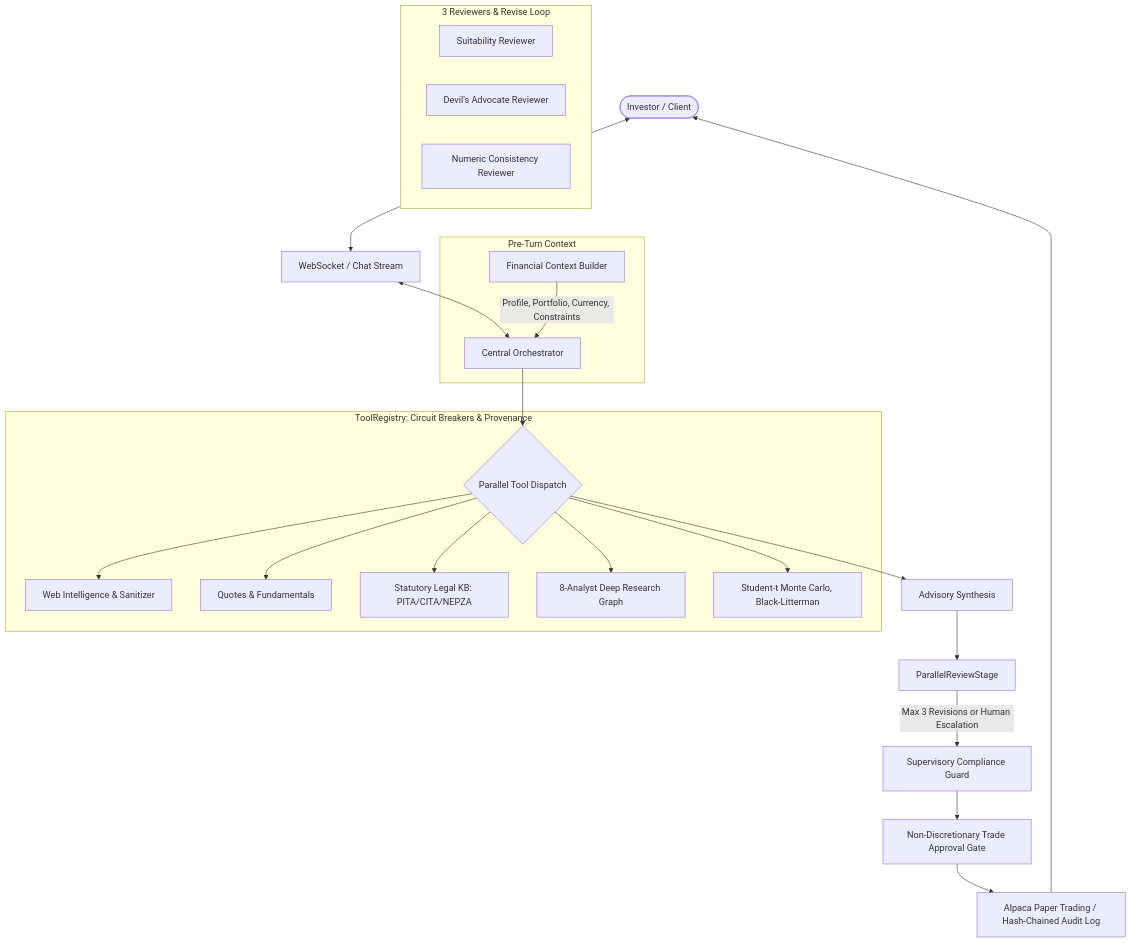
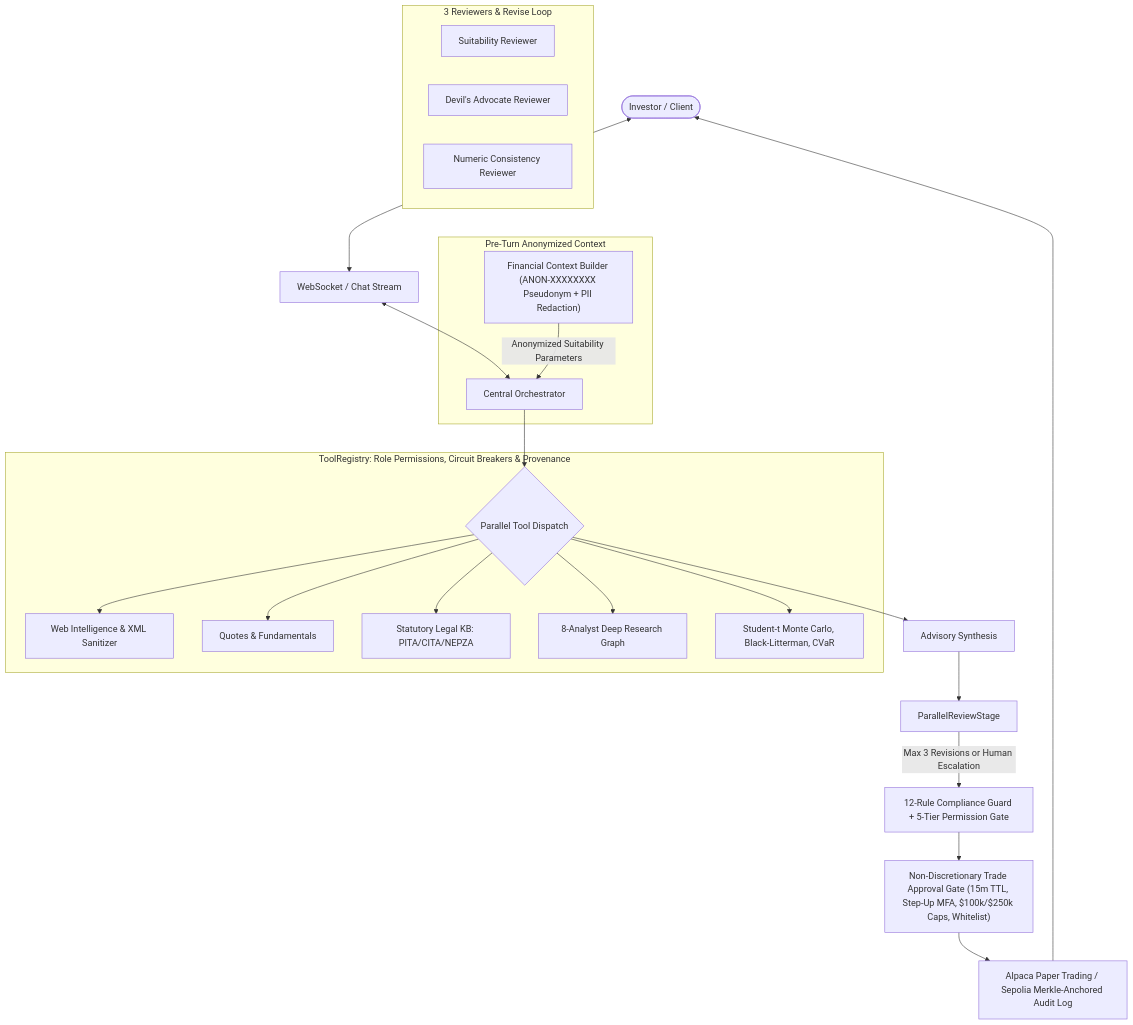
One commit to g93sambo/FinFuture changed the diagram in README.md. Above: the diagram before and after it, drawn with Mermaid. The commit also changed other lines of this file and 19 other files, not shown here.

Commit message:
feat(security): enforce 5-tier permission limits in code, anonymize LLM PII, and align non-discretionary docs

````diff
--- a/README.md
+++ b/README.md
@@ -11,31 +11,31 @@
 ```mermaid
 flowchart TD
     User([Investor / Client]) <--> WebSocket[WebSocket / Chat Stream]
     WebSocket <--> Orch[Central Orchestrator]
 
-    subgraph Pre-Turn Context
-        CtxBuilder[Financial Context Builder] -->|Profile, Portfolio, Currency, Constraints| Orch
+    subgraph Pre-Turn Anonymized Context
+        CtxBuilder["Financial Context Builder (ANON-XXXXXXXX Pseudonym + PII Redaction)"] -->|Anonymized Suitability Parameters| Orch
     end
 
-    subgraph Tool Calling Pipeline [ToolRegistry: Circuit Breakers & Provenance]
+    subgraph Tool Calling Pipeline [ToolRegistry: Role Permissions, Circuit Breakers & Provenance]
         Orch --> Tools{Parallel Tool Dispatch}
-        Tools --> WebIntel[Web Intelligence & Sanitizer]
+        Tools --> WebIntel[Web Intelligence & XML Sanitizer]
         Tools --> MarketData[Quotes & Fundamentals]
         Tools --> TaxEngine[Statutory Legal KB: PITA/CITA/NEPZA]
         Tools --> ResearchGraph[8-Analyst Deep Research Graph]
-        Tools --> QuantEng[Student-t Monte Carlo, Black-Litterman]
+        Tools --> QuantEng[Student-t Monte Carlo, Black-Litterman, CVaR]
     end
 
     subgraph Parallel Review Stage [3 Reviewers & Revise Loop]
         SuitabilityReviewer[Suitability Reviewer]
         DevilsAdvocate[Devil's Advocate Reviewer]
         NumericReviewer[Numeric Consistency Reviewer]
     end
 
     Tools --> Synthesis[Advisory Synthesis]
     Synthesis --> ParallelReviewStage
-    ParallelReviewStage -->|Max 3 Revisions or Human Escalation| ComplGate[Supervisory Compliance Guard]
-    ComplGate --> NonDiscretionaryGate[Non-Discretionary Trade Approval Gate]
-    NonDiscretionaryGate --> Execution[Alpaca Paper Trading / Hash-Chained Audit Log]
+    ParallelReviewStage -->|Max 3 Revisions or Human Escalation| ComplGate[12-Rule Compliance Guard + 5-Tier Permission Gate]
+    ComplGate --> NonDiscretionaryGate["Non-Discretionary Trade Approval Gate (15m TTL, Step-Up MFA, $100k/$250k Caps, Whitelist)"]
+    NonDiscretionaryGate --> Execution[Alpaca Paper Trading / Sepolia Merkle-Anchored Audit Log]
     Execution --> User
 ```
````
